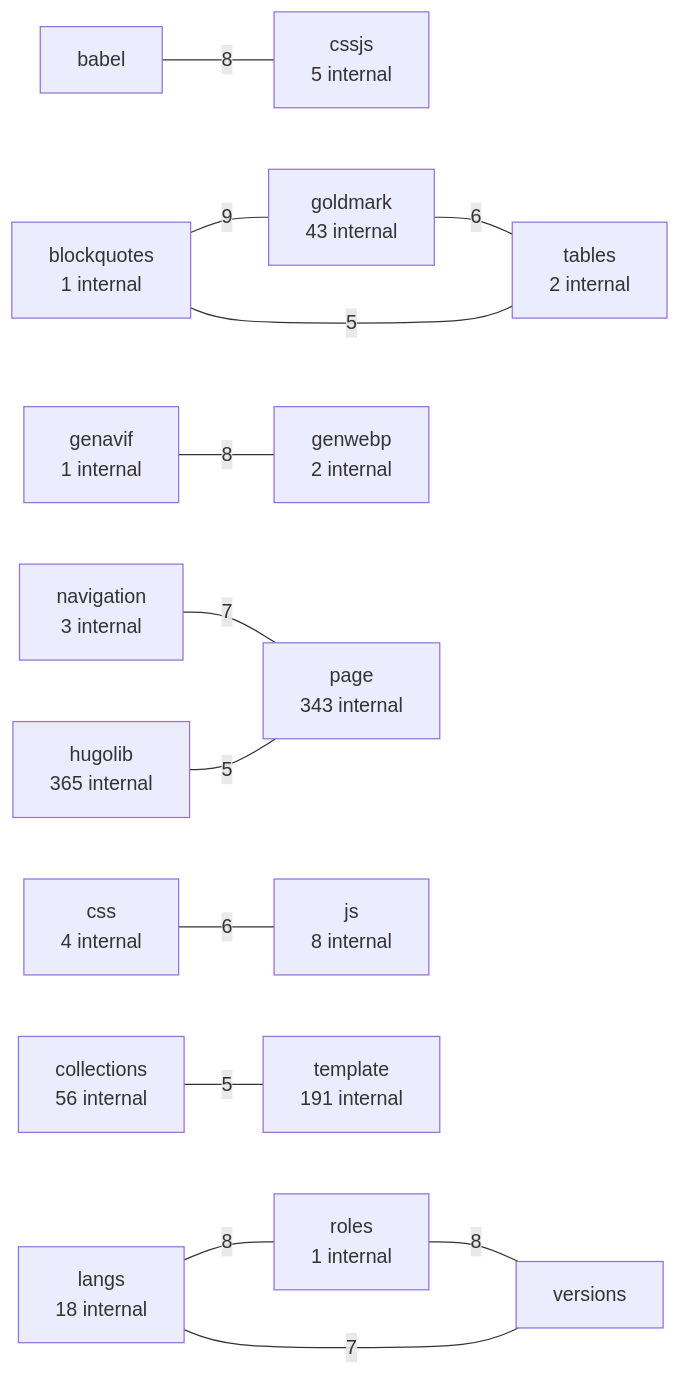
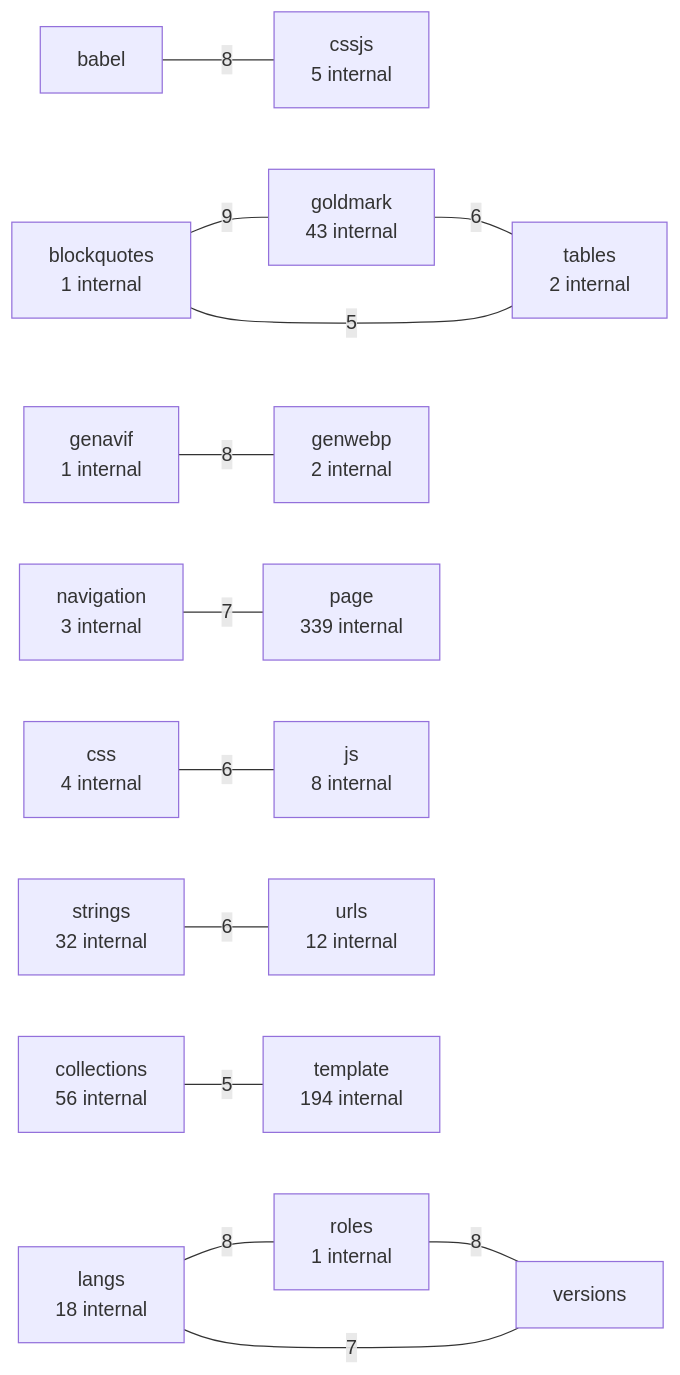
One commit to LukasSelin/doppel changed the third of 4 diagrams in examples/hugo.md. Above: the diagram before and after it, drawn with Mermaid. The commit also changed other lines of this file and 7 other files, not shown here.

````diff
--- a/examples/hugo.md
+++ b/examples/hugo.md
@@ -723,32 +723,33 @@
 ```mermaid
 flowchart LR
     p0["blockquotes<br/>1 internal"]
     p1["goldmark<br/>43 internal"]
     p0 ---|"9"| p1
     p2["babel"]
     p3["cssjs<br/>5 internal"]
     p2 ---|"8"| p3
     p4["genavif<br/>1 internal"]
     p5["genwebp<br/>2 internal"]
     p4 ---|"8"| p5
     p6["langs<br/>18 internal"]
     p7["roles<br/>1 internal"]
     p6 ---|"8"| p7
     p8["versions"]
     p7 ---|"8"| p8
     p6 ---|"7"| p8
     p9["navigation<br/>3 internal"]
-    p10["page<br/>343 internal"]
+    p10["page<br/>339 internal"]
     p9 ---|"7"| p10
     p11["css<br/>4 internal"]
     p12["js<br/>8 internal"]
     p11 ---|"6"| p12
     p13["tables<br/>2 internal"]
     p1 ---|"6"| p13
+    p14["strings<br/>32 internal"]
+    p15["urls<br/>12 internal"]
+    p14 ---|"6"| p15
     p0 ---|"5"| p13
-    p14["collections<br/>56 internal"]
-    p15["template<br/>191 internal"]
-    p14 ---|"5"| p15
-    p16["hugolib<br/>365 internal"]
-    p16 ---|"5"| p10
+    p16["collections<br/>56 internal"]
+    p17["template<br/>194 internal"]
+    p16 ---|"5"| p17
 ```
````
